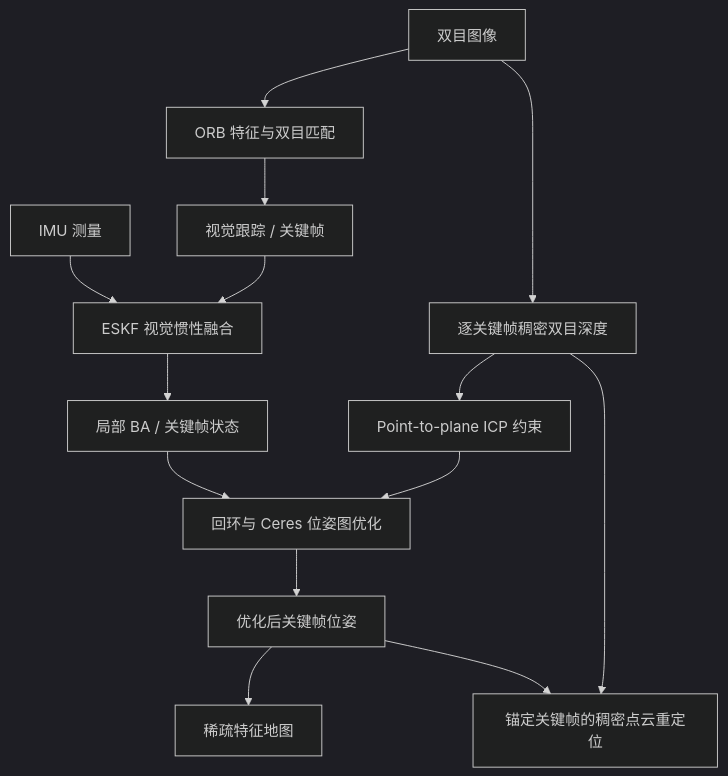
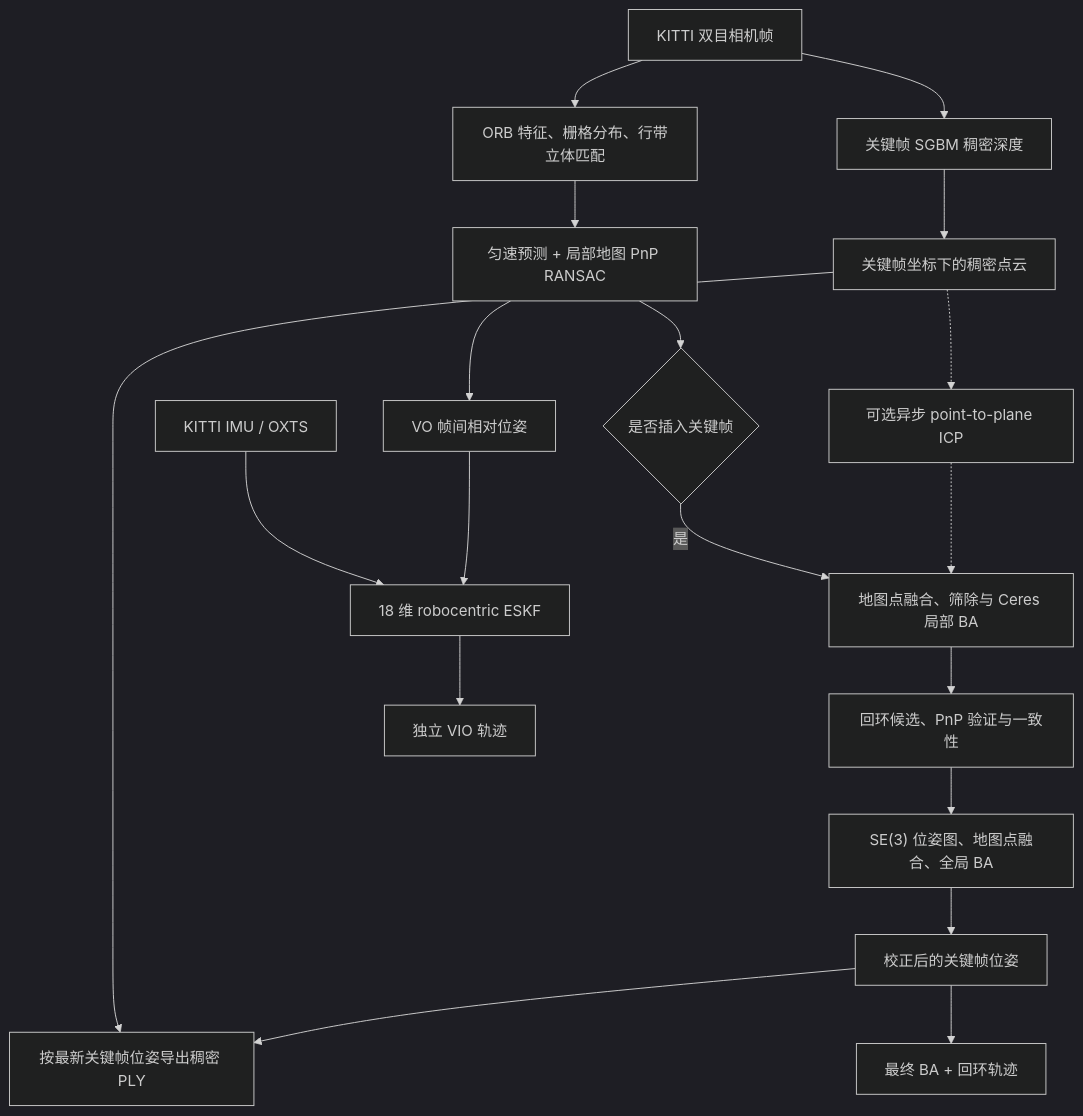
Before and after one commit to ImChong/Robotics_Notebooks: the first of 2 diagrams in wiki/entities/rigvis.md, drawn with Mermaid (dark theme). The commit also changed other lines of this file, not shown here.

Commit message:
[2026-11-22] ingest | wiki/entities/rigvis.md — 源码核验双目SLAM、松耦合ESKF与ICP并补运行时序图

````diff
--- a/wiki/entities/rigvis.md
+++ b/wiki/entities/rigvis.md
@@ -59,16 +54,21 @@
 ```mermaid
 flowchart TD
-    Stereo["双目图像"] --> ORB["ORB 特征与双目匹配"]
-    ORB --> Track["视觉跟踪 / 关键帧"]
-    IMU["IMU 测量"] --> ESKF["ESKF 视觉惯性融合"]
-    Track --> ESKF
-    ESKF --> Local["局部 BA / 关键帧状态"]
-    Local --> Graph["回环与 Ceres 位姿图优化"]
-    Stereo --> Depth["逐关键帧稠密双目深度"]
-    Depth --> ICP["Point-to-plane ICP 约束"]
-    ICP --> Graph
-    Graph --> Poses["优化后关键帧位姿"]
-    Poses --> Sparse["稀疏特征地图"]
-    Poses --> Dense["锚定关键帧的稠密点云重定位"]
-    Depth --> Dense
+    A["KITTI 双目相机帧"] --> B["ORB 特征、栅格分布、行带立体匹配"]
+    B --> C["匀速预测 + 局部地图 PnP RANSAC"]
+    C --> D{"是否插入关键帧"}
+    D -->|是| E["地图点融合、筛除与 Ceres 局部 BA"]
+    E --> F["回环候选、PnP 验证与一致性"]
+    F --> G["SE(3) 位姿图、地图点融合、全局 BA"]
+    A --> H["关键帧 SGBM 稠密深度"]
+    H --> I["关键帧坐标下的稠密点云"]
+    G --> J["校正后的关键帧位姿"]
+    I --> K["按最新关键帧位姿导出稠密 PLY"]
+    J --> K
+    I -.-> L["可选异步 point-to-plane ICP"]
+    L -.-> E
+    M["KITTI IMU / OXTS"] --> N["18 维 robocentric ESKF"]
+    C --> O["VO 帧间相对位姿"]
+    O --> N
+    N --> P["独立 VIO 轨迹"]
+    J --> Q["最终 BA + 回环轨迹"]
 ```
````
